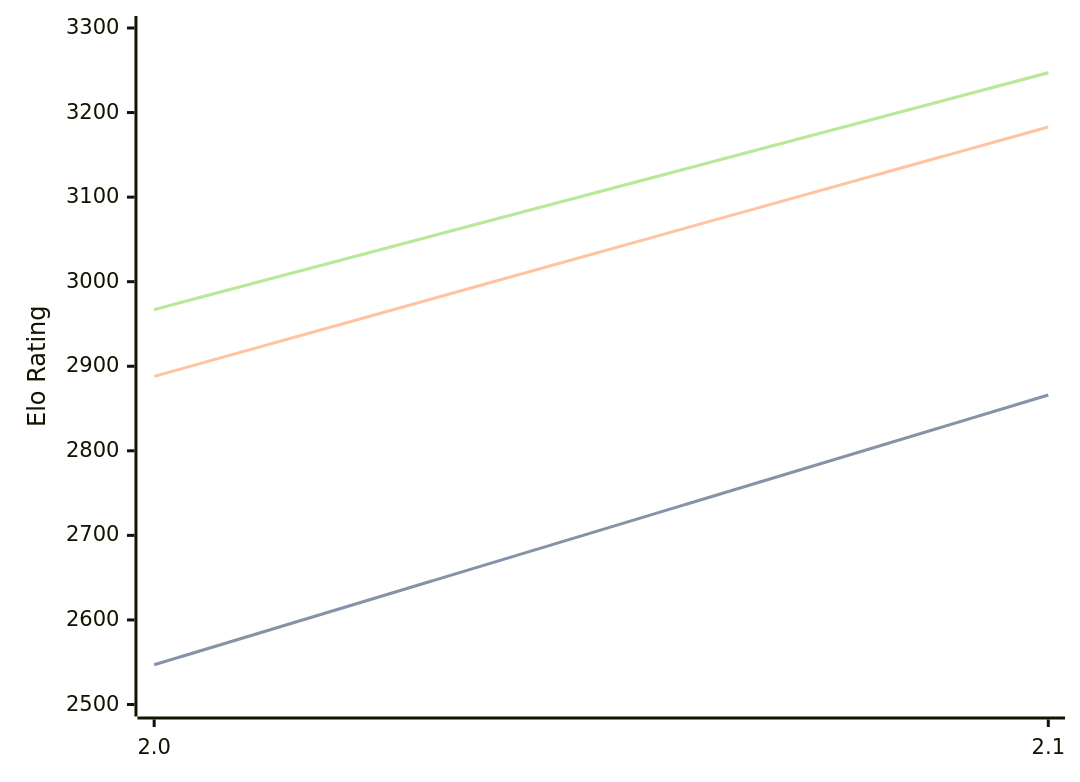
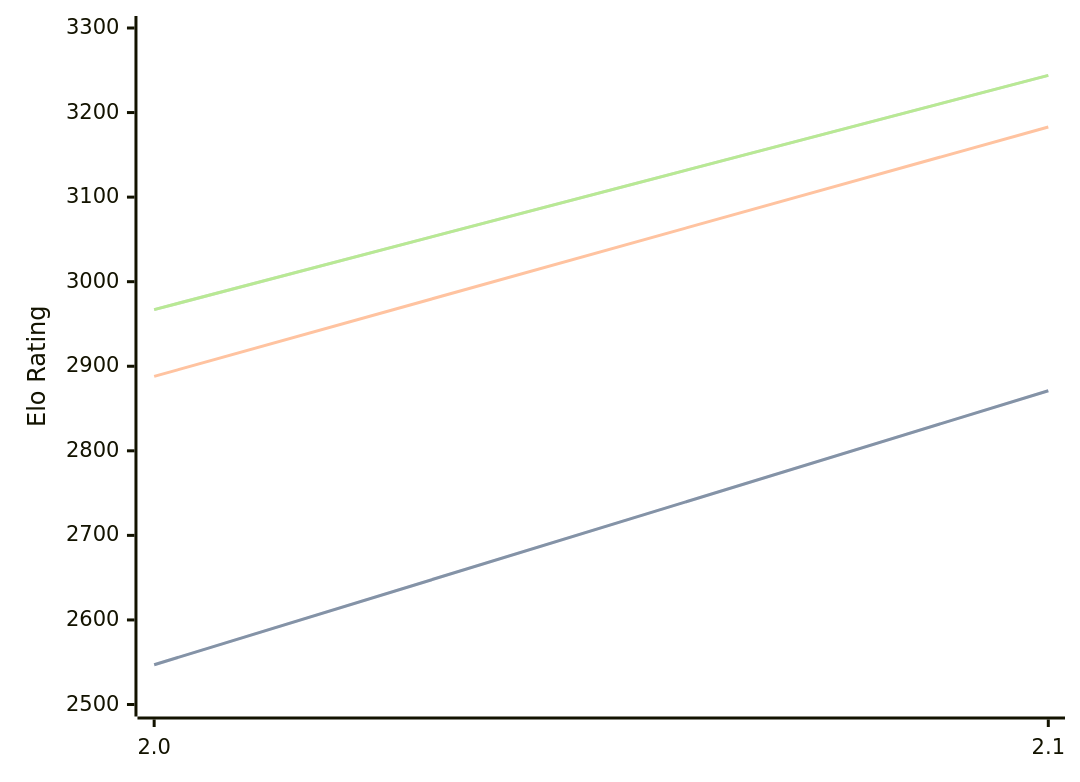
One commit to computer-chess-index/cci changed the diagram in engines/Tunguska.md. Above: the diagram before and after it, drawn with Mermaid. The commit also changed other lines of this file, not shown here.

Commit message:
Update CCI Ratings (ELO VLTC) - 2026-04-20

````diff
--- a/engines/Tunguska.md
+++ b/engines/Tunguska.md
@@ -32,11 +32,11 @@
 ```mermaid
 %%{init: {"theme":"base","themeVariables":{"seriesColors:['#a3a3a3','#222221','#faa371']}}}%%
 xychart-beta
   x-axis ["2.0", "2.1"]
   y-axis "Elo Rating" 2500 --> 3300
-  line "STC (8.0+0.08s)" [2547, 2866]
-  line "STC (8.0+0.08s)" [2547, 2866]
+  line "STC (8.0+0.08s)" [2547, 2871]
+  line "STC (8.0+0.08s)" [2547, 2871]
   line "LTC (60.0+0.60s)" [2888, 3183]
-  line "VLTC (2m24s+1.12s)" [2967, 3247]
-  line "VLTC (2m24s+1.12s)" [2967, 3247]
+  line "VLTC (2m24s+1.12s)" [2967, 3244]
+  line "VLTC (2m24s+1.12s)" [2967, 3244]
 ```
````
